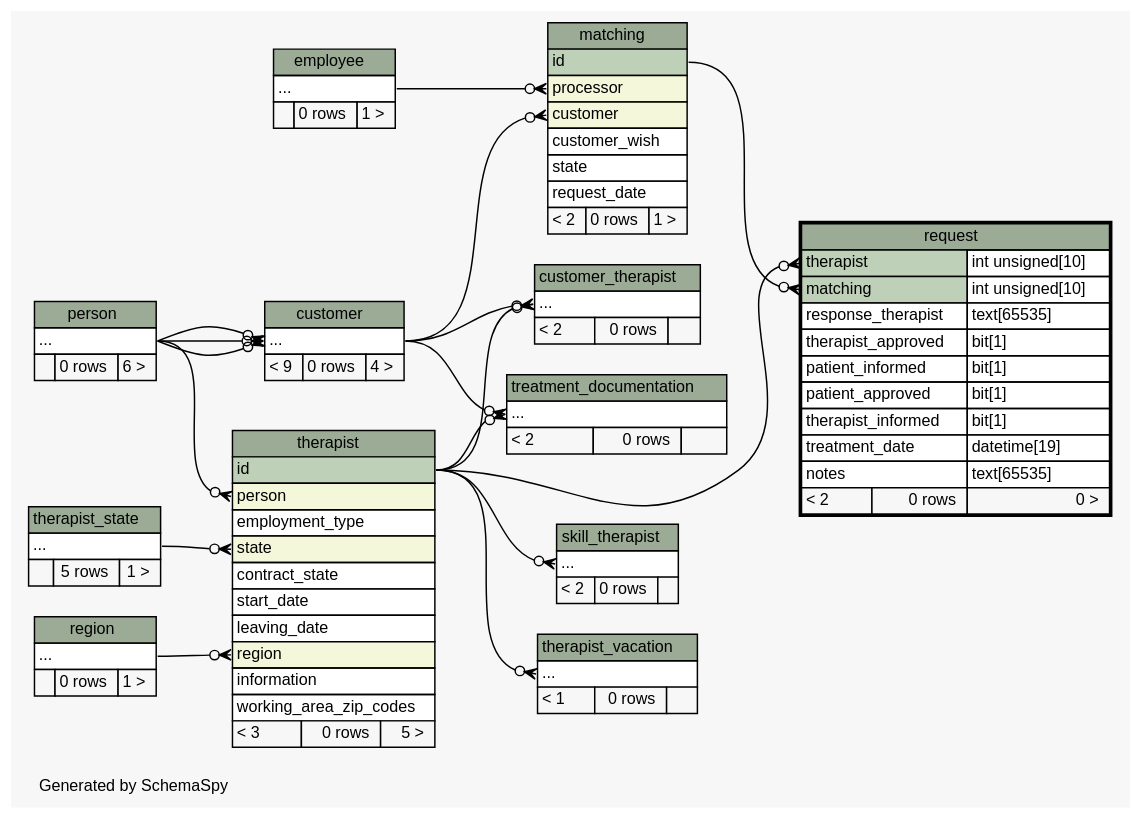
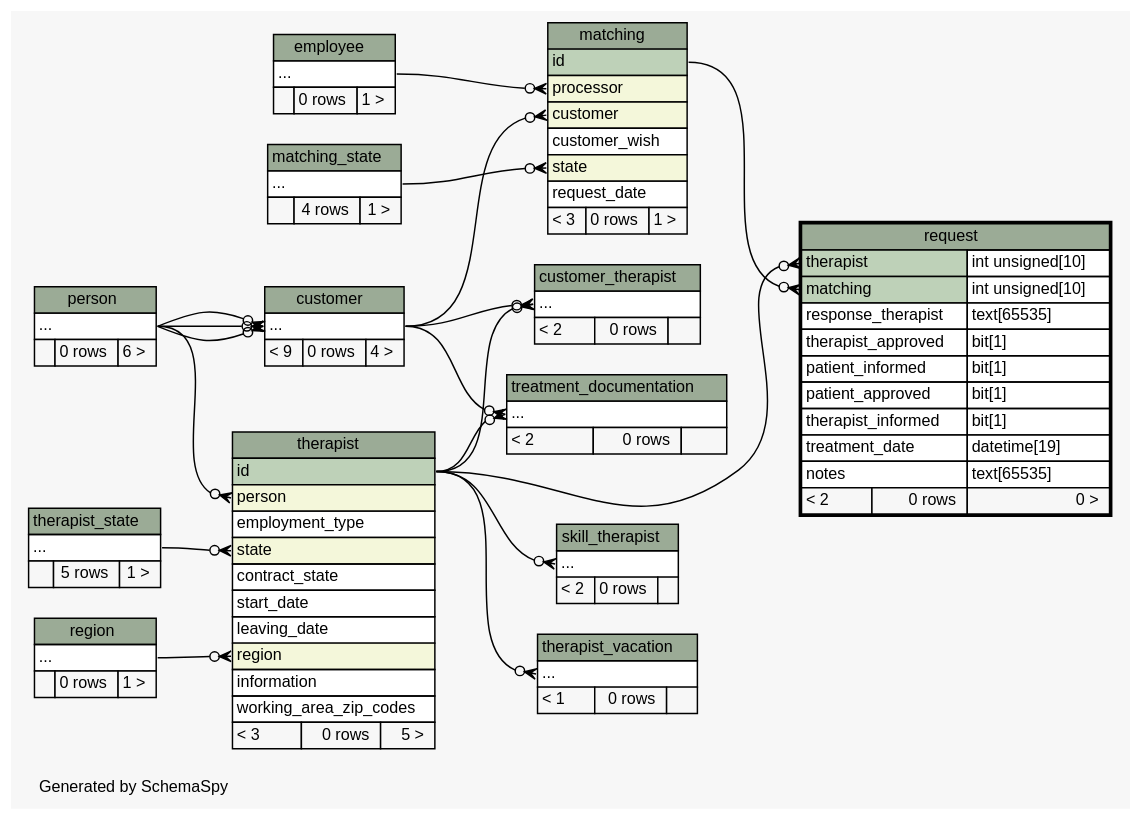
Before and after one commit to KaiBMP/KaiBMP.github.io: the diagram in diagrams/request.2degrees.dot, drawn with Graphviz. The commit also changed 120 other files, not shown here.

Commit message:
schemaspy update

```diff
--- a/diagrams/request.2degrees.dot
+++ b/diagrams/request.2degrees.dot
@@ -1,180 +1,191 @@
-// dot 2.40.1 on Linux 5.0.0-37-generic
+// dot 2.40.1 on Linux 5.3.0-26-generic
 // SchemaSpy rev 590
 digraph "twoDegreesRelationshipsDiagram" {
   graph [
     rankdir="RL"
     bgcolor="#f7f7f7"
     label="\nGenerated by SchemaSpy"
     labeljust="l"
     nodesep="0.18"
     ranksep="0.46"
     fontname="Helvetica"
     fontsize="11"
   ];
   node [
     fontname="Helvetica"
     fontsize="11"
     shape="plaintext"
   ];
   edge [
     arrowsize="0.8"
   ];
   "customer":"elipses":w -> "person":"elipses":e [arrowhead=none dir=back arrowtail=crowodot];
   "customer":"elipses":w -> "person":"elipses":e [arrowhead=none dir=back arrowtail=crowodot];
   "customer":"elipses":w -> "person":"elipses":e [arrowhead=none dir=back arrowtail=crowodot];
   "customer_therapist":"elipses":w -> "customer":"elipses":e [arrowhead=none dir=back arrowtail=crowodot];
   "customer_therapist":"elipses":w -> "therapist":"id":e [arrowhead=none dir=back arrowtail=crowodot];
   "matching":"customer":w -> "customer":"elipses":e [arrowhead=none dir=back arrowtail=crowodot];
   "matching":"processor":w -> "employee":"elipses":e [arrowhead=none dir=back arrowtail=crowodot];
+  "matching":"state":w -> "matching_state":"elipses":e [arrowhead=none dir=back arrowtail=crowodot];
   "request":"matching":w -> "matching":"id":e [arrowhead=none dir=back arrowtail=crowodot];
   "request":"therapist":w -> "therapist":"id":e [arrowhead=none dir=back arrowtail=crowodot];
   "skill_therapist":"elipses":w -> "therapist":"id":e [arrowhead=none dir=back arrowtail=crowodot];
   "therapist":"person":w -> "person":"elipses":e [arrowhead=none dir=back arrowtail=crowodot];
   "therapist":"region":w -> "region":"elipses":e [arrowhead=none dir=back arrowtail=crowodot];
   "therapist":"state":w -> "therapist_state":"elipses":e [arrowhead=none dir=back arrowtail=crowodot];
   "therapist_vacation":"elipses":w -> "therapist":"id":e [arrowhead=none dir=back arrowtail=crowodot];
   "treatment_documentation":"elipses":w -> "customer":"elipses":e [arrowhead=none dir=back arrowtail=crowodot];
   "treatment_documentation":"elipses":w -> "therapist":"id":e [arrowhead=none dir=back arrowtail=crowodot];
   "customer" [
     label=<
     <TABLE BORDER="0" CELLBORDER="1" CELLSPACING="0" BGCOLOR="#ffffff">
       <TR><TD COLSPAN="3" BGCOLOR="#9bab96" ALIGN="CENTER">customer</TD></TR>
       <TR><TD PORT="elipses" COLSPAN="3" ALIGN="LEFT">...</TD></TR>
       <TR><TD ALIGN="LEFT" BGCOLOR="#f7f7f7">&lt; 9</TD><TD ALIGN="RIGHT" BGCOLOR="#f7f7f7">0 rows</TD><TD ALIGN="RIGHT" BGCOLOR="#f7f7f7">4 &gt;</TD></TR>
     </TABLE>>
     URL="customer.html"
     tooltip="customer"
   ];
   "customer_therapist" [
     label=<
     <TABLE BORDER="0" CELLBORDER="1" CELLSPACING="0" BGCOLOR="#ffffff">
       <TR><TD COLSPAN="3" BGCOLOR="#9bab96" ALIGN="CENTER">customer_therapist</TD></TR>
       <TR><TD PORT="elipses" COLSPAN="3" ALIGN="LEFT">...</TD></TR>
       <TR><TD ALIGN="LEFT" BGCOLOR="#f7f7f7">&lt; 2</TD><TD ALIGN="RIGHT" BGCOLOR="#f7f7f7">0 rows</TD><TD ALIGN="RIGHT" BGCOLOR="#f7f7f7">  </TD></TR>
     </TABLE>>
     URL="customer_therapist.html"
     tooltip="customer_therapist"
   ];
   "employee" [
     label=<
     <TABLE BORDER="0" CELLBORDER="1" CELLSPACING="0" BGCOLOR="#ffffff">
       <TR><TD COLSPAN="3" BGCOLOR="#9bab96" ALIGN="CENTER">employee</TD></TR>
       <TR><TD PORT="elipses" COLSPAN="3" ALIGN="LEFT">...</TD></TR>
       <TR><TD ALIGN="LEFT" BGCOLOR="#f7f7f7">  </TD><TD ALIGN="RIGHT" BGCOLOR="#f7f7f7">0 rows</TD><TD ALIGN="RIGHT" BGCOLOR="#f7f7f7">1 &gt;</TD></TR>
     </TABLE>>
     URL="employee.html"
     tooltip="employee"
   ];
   "matching" [
     label=<
     <TABLE BORDER="0" CELLBORDER="1" CELLSPACING="0" BGCOLOR="#ffffff">
       <TR><TD COLSPAN="3" BGCOLOR="#9bab96" ALIGN="CENTER">matching</TD></TR>
       <TR><TD PORT="id" COLSPAN="3" BGCOLOR="#bed1b8" ALIGN="LEFT">id</TD></TR>
       <TR><TD PORT="processor" COLSPAN="3" BGCOLOR="#f4f7da" ALIGN="LEFT">processor</TD></TR>
       <TR><TD PORT="customer" COLSPAN="3" BGCOLOR="#f4f7da" ALIGN="LEFT">customer</TD></TR>
       <TR><TD PORT="customer_wish" COLSPAN="3" ALIGN="LEFT">customer_wish</TD></TR>
-      <TR><TD PORT="state" COLSPAN="3" ALIGN="LEFT">state</TD></TR>
+      <TR><TD PORT="state" COLSPAN="3" BGCOLOR="#f4f7da" ALIGN="LEFT">state</TD></TR>
       <TR><TD PORT="request_date" COLSPAN="3" ALIGN="LEFT">request_date</TD></TR>
-      <TR><TD ALIGN="LEFT" BGCOLOR="#f7f7f7">&lt; 2</TD><TD ALIGN="RIGHT" BGCOLOR="#f7f7f7">0 rows</TD><TD ALIGN="RIGHT" BGCOLOR="#f7f7f7">1 &gt;</TD></TR>
+      <TR><TD ALIGN="LEFT" BGCOLOR="#f7f7f7">&lt; 3</TD><TD ALIGN="RIGHT" BGCOLOR="#f7f7f7">0 rows</TD><TD ALIGN="RIGHT" BGCOLOR="#f7f7f7">1 &gt;</TD></TR>
     </TABLE>>
     URL="matching.html"
     tooltip="matching"
+  ];
+  "matching_state" [
+    label=<
+    <TABLE BORDER="0" CELLBORDER="1" CELLSPACING="0" BGCOLOR="#ffffff">
+      <TR><TD COLSPAN="3" BGCOLOR="#9bab96" ALIGN="CENTER">matching_state</TD></TR>
+      <TR><TD PORT="elipses" COLSPAN="3" ALIGN="LEFT">...</TD></TR>
+      <TR><TD ALIGN="LEFT" BGCOLOR="#f7f7f7">  </TD><TD ALIGN="RIGHT" BGCOLOR="#f7f7f7">4 rows</TD><TD ALIGN="RIGHT" BGCOLOR="#f7f7f7">1 &gt;</TD></TR>
+    </TABLE>>
+    URL="matching_state.html"
+    tooltip="matching_state"
   ];
   "person" [
     label=<
     <TABLE BORDER="0" CELLBORDER="1" CELLSPACING="0" BGCOLOR="#ffffff">
       <TR><TD COLSPAN="3" BGCOLOR="#9bab96" ALIGN="CENTER">person</TD></TR>
       <TR><TD PORT="elipses" COLSPAN="3" ALIGN="LEFT">...</TD></TR>
       <TR><TD ALIGN="LEFT" BGCOLOR="#f7f7f7">  </TD><TD ALIGN="RIGHT" BGCOLOR="#f7f7f7">0 rows</TD><TD ALIGN="RIGHT" BGCOLOR="#f7f7f7">6 &gt;</TD></TR>
     </TABLE>>
     URL="person.html"
     tooltip="person"
   ];
   "region" [
     label=<
     <TABLE BORDER="0" CELLBORDER="1" CELLSPACING="0" BGCOLOR="#ffffff">
       <TR><TD COLSPAN="3" BGCOLOR="#9bab96" ALIGN="CENTER">region</TD></TR>
       <TR><TD PORT="elipses" COLSPAN="3" ALIGN="LEFT">...</TD></TR>
       <TR><TD ALIGN="LEFT" BGCOLOR="#f7f7f7">  </TD><TD ALIGN="RIGHT" BGCOLOR="#f7f7f7">0 rows</TD><TD ALIGN="RIGHT" BGCOLOR="#f7f7f7">1 &gt;</TD></TR>
     </TABLE>>
     URL="region.html"
     tooltip="region"
   ];
   "request" [
     label=<
     <TABLE BORDER="2" CELLBORDER="1" CELLSPACING="0" BGCOLOR="#ffffff">
       <TR><TD COLSPAN="3" BGCOLOR="#9bab96" ALIGN="CENTER">request</TD></TR>
       <TR><TD PORT="therapist" COLSPAN="2" BGCOLOR="#bed1b8" ALIGN="LEFT">therapist</TD><TD PORT="therapist.type" ALIGN="LEFT">int unsigned[10]</TD></TR>
       <TR><TD PORT="matching" COLSPAN="2" BGCOLOR="#bed1b8" ALIGN="LEFT">matching</TD><TD PORT="matching.type" ALIGN="LEFT">int unsigned[10]</TD></TR>
       <TR><TD PORT="response_therapist" COLSPAN="2" ALIGN="LEFT">response_therapist</TD><TD PORT="response_therapist.type" ALIGN="LEFT">text[65535]</TD></TR>
       <TR><TD PORT="therapist_approved" COLSPAN="2" ALIGN="LEFT">therapist_approved</TD><TD PORT="therapist_approved.type" ALIGN="LEFT">bit[1]</TD></TR>
       <TR><TD PORT="patient_informed" COLSPAN="2" ALIGN="LEFT">patient_informed</TD><TD PORT="patient_informed.type" ALIGN="LEFT">bit[1]</TD></TR>
       <TR><TD PORT="patient_approved" COLSPAN="2" ALIGN="LEFT">patient_approved</TD><TD PORT="patient_approved.type" ALIGN="LEFT">bit[1]</TD></TR>
       <TR><TD PORT="therapist_informed" COLSPAN="2" ALIGN="LEFT">therapist_informed</TD><TD PORT="therapist_informed.type" ALIGN="LEFT">bit[1]</TD></TR>
       <TR><TD PORT="treatment_date" COLSPAN="2" ALIGN="LEFT">treatment_date</TD><TD PORT="treatment_date.type" ALIGN="LEFT">datetime[19]</TD></TR>
       <TR><TD PORT="notes" COLSPAN="2" ALIGN="LEFT">notes</TD><TD PORT="notes.type" ALIGN="LEFT">text[65535]</TD></TR>
       <TR><TD ALIGN="LEFT" BGCOLOR="#f7f7f7">&lt; 2</TD><TD ALIGN="RIGHT" BGCOLOR="#f7f7f7">0 rows</TD><TD ALIGN="RIGHT" BGCOLOR="#f7f7f7">0 &gt;</TD></TR>
     </TABLE>>
     URL="request.html"
     tooltip="request"
   ];
   "skill_therapist" [
     label=<
     <TABLE BORDER="0" CELLBORDER="1" CELLSPACING="0" BGCOLOR="#ffffff">
       <TR><TD COLSPAN="3" BGCOLOR="#9bab96" ALIGN="CENTER">skill_therapist</TD></TR>
       <TR><TD PORT="elipses" COLSPAN="3" ALIGN="LEFT">...</TD></TR>
       <TR><TD ALIGN="LEFT" BGCOLOR="#f7f7f7">&lt; 2</TD><TD ALIGN="RIGHT" BGCOLOR="#f7f7f7">0 rows</TD><TD ALIGN="RIGHT" BGCOLOR="#f7f7f7">  </TD></TR>
     </TABLE>>
     URL="skill_therapist.html"
     tooltip="skill_therapist"
   ];
   "therapist" [
     label=<
     <TABLE BORDER="0" CELLBORDER="1" CELLSPACING="0" BGCOLOR="#ffffff">
       <TR><TD COLSPAN="3" BGCOLOR="#9bab96" ALIGN="CENTER">therapist</TD></TR>
       <TR><TD PORT="id" COLSPAN="3" BGCOLOR="#bed1b8" ALIGN="LEFT">id</TD></TR>
       <TR><TD PORT="person" COLSPAN="3" BGCOLOR="#f4f7da" ALIGN="LEFT">person</TD></TR>
       <TR><TD PORT="employment_type" COLSPAN="3" ALIGN="LEFT">employment_type</TD></TR>
       <TR><TD PORT="state" COLSPAN="3" BGCOLOR="#f4f7da" ALIGN="LEFT">state</TD></TR>
       <TR><TD PORT="contract_state" COLSPAN="3" ALIGN="LEFT">contract_state</TD></TR>
       <TR><TD PORT="start_date" COLSPAN="3" ALIGN="LEFT">start_date</TD></TR>
       <TR><TD PORT="leaving_date" COLSPAN="3" ALIGN="LEFT">leaving_date</TD></TR>
       <TR><TD PORT="region" COLSPAN="3" BGCOLOR="#f4f7da" ALIGN="LEFT">region</TD></TR>
       <TR><TD PORT="information" COLSPAN="3" ALIGN="LEFT">information</TD></TR>
       <TR><TD PORT="working_area_zip_codes" COLSPAN="3" ALIGN="LEFT">working_area_zip_codes</TD></TR>
       <TR><TD ALIGN="LEFT" BGCOLOR="#f7f7f7">&lt; 3</TD><TD ALIGN="RIGHT" BGCOLOR="#f7f7f7">0 rows</TD><TD ALIGN="RIGHT" BGCOLOR="#f7f7f7">5 &gt;</TD></TR>
     </TABLE>>
     URL="therapist.html"
     tooltip="therapist"
   ];
   "therapist_state" [
     label=<
     <TABLE BORDER="0" CELLBORDER="1" CELLSPACING="0" BGCOLOR="#ffffff">
       <TR><TD COLSPAN="3" BGCOLOR="#9bab96" ALIGN="CENTER">therapist_state</TD></TR>
       <TR><TD PORT="elipses" COLSPAN="3" ALIGN="LEFT">...</TD></TR>
       <TR><TD ALIGN="LEFT" BGCOLOR="#f7f7f7">  </TD><TD ALIGN="RIGHT" BGCOLOR="#f7f7f7">5 rows</TD><TD ALIGN="RIGHT" BGCOLOR="#f7f7f7">1 &gt;</TD></TR>
     </TABLE>>
     URL="therapist_state.html"
     tooltip="therapist_state"
   ];
   "therapist_vacation" [
     label=<
     <TABLE BORDER="0" CELLBORDER="1" CELLSPACING="0" BGCOLOR="#ffffff">
       <TR><TD COLSPAN="3" BGCOLOR="#9bab96" ALIGN="CENTER">therapist_vacation</TD></TR>
       <TR><TD PORT="elipses" COLSPAN="3" ALIGN="LEFT">...</TD></TR>
       <TR><TD ALIGN="LEFT" BGCOLOR="#f7f7f7">&lt; 1</TD><TD ALIGN="RIGHT" BGCOLOR="#f7f7f7">0 rows</TD><TD ALIGN="RIGHT" BGCOLOR="#f7f7f7">  </TD></TR>
     </TABLE>>
     URL="therapist_vacation.html"
     tooltip="therapist_vacation"
   ];
   "treatment_documentation" [
     label=<
     <TABLE BORDER="0" CELLBORDER="1" CELLSPACING="0" BGCOLOR="#ffffff">
       <TR><TD COLSPAN="3" BGCOLOR="#9bab96" ALIGN="CENTER">treatment_documentation</TD></TR>
       <TR><TD PORT="elipses" COLSPAN="3" ALIGN="LEFT">...</TD></TR>
       <TR><TD ALIGN="LEFT" BGCOLOR="#f7f7f7">&lt; 2</TD><TD ALIGN="RIGHT" BGCOLOR="#f7f7f7">0 rows</TD><TD ALIGN="RIGHT" BGCOLOR="#f7f7f7">  </TD></TR>
     </TABLE>>
     URL="treatment_documentation.html"
     tooltip="treatment_documentation"
   ];
 }
```
